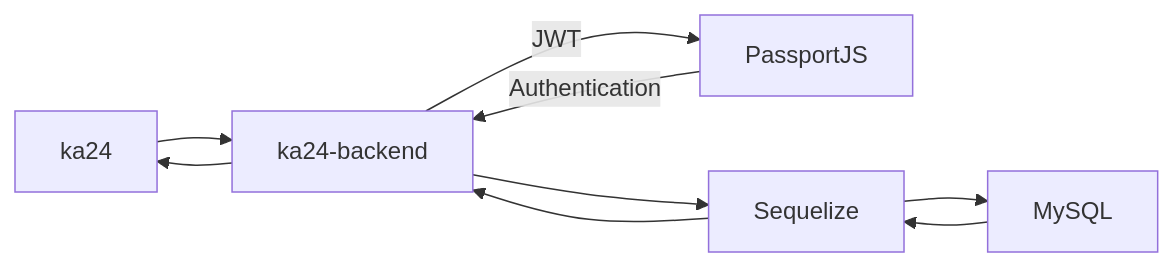
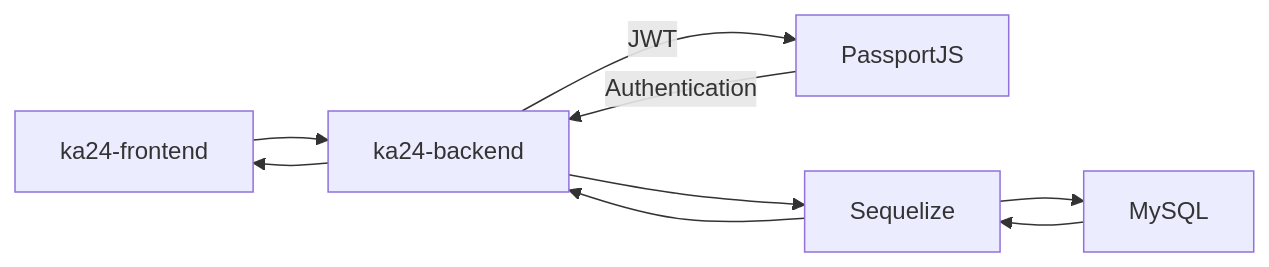
Before and after one commit to bas3ine/ka24: the diagram in README.md, drawn with Mermaid. The commit also changed other lines of this file and 2 other files, not shown here.

Commit message:
[Edited]:Mermaid bug

````diff
--- a/README.md
+++ b/README.md
@@ -29,11 +29,11 @@
 ```mermaid
 graph LR;
-  ka24 --> ka24-backend;
-  ka24-backend --> ka24;
+  ka24-frontend --> ka24-backend;
+  ka24-backend --> ka24-frontend;
   ka24-backend -->|JWT| PassportJS;
   PassportJS -->|Authentication| ka24-backend;
   ka24-backend --> Sequelize;
   Sequelize --> ka24-backend;
   Sequelize --> MySQL;
   MySQL --> Sequelize;
 ```
````
